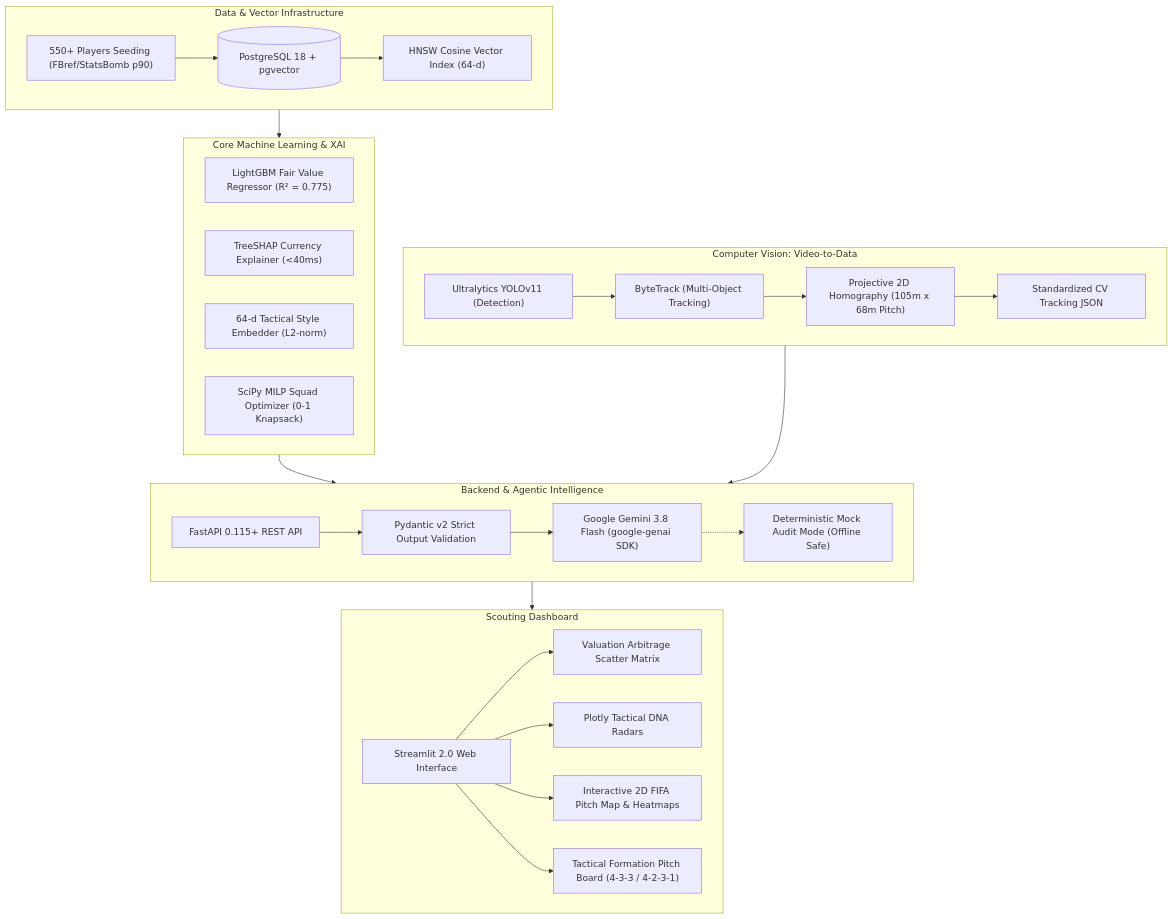
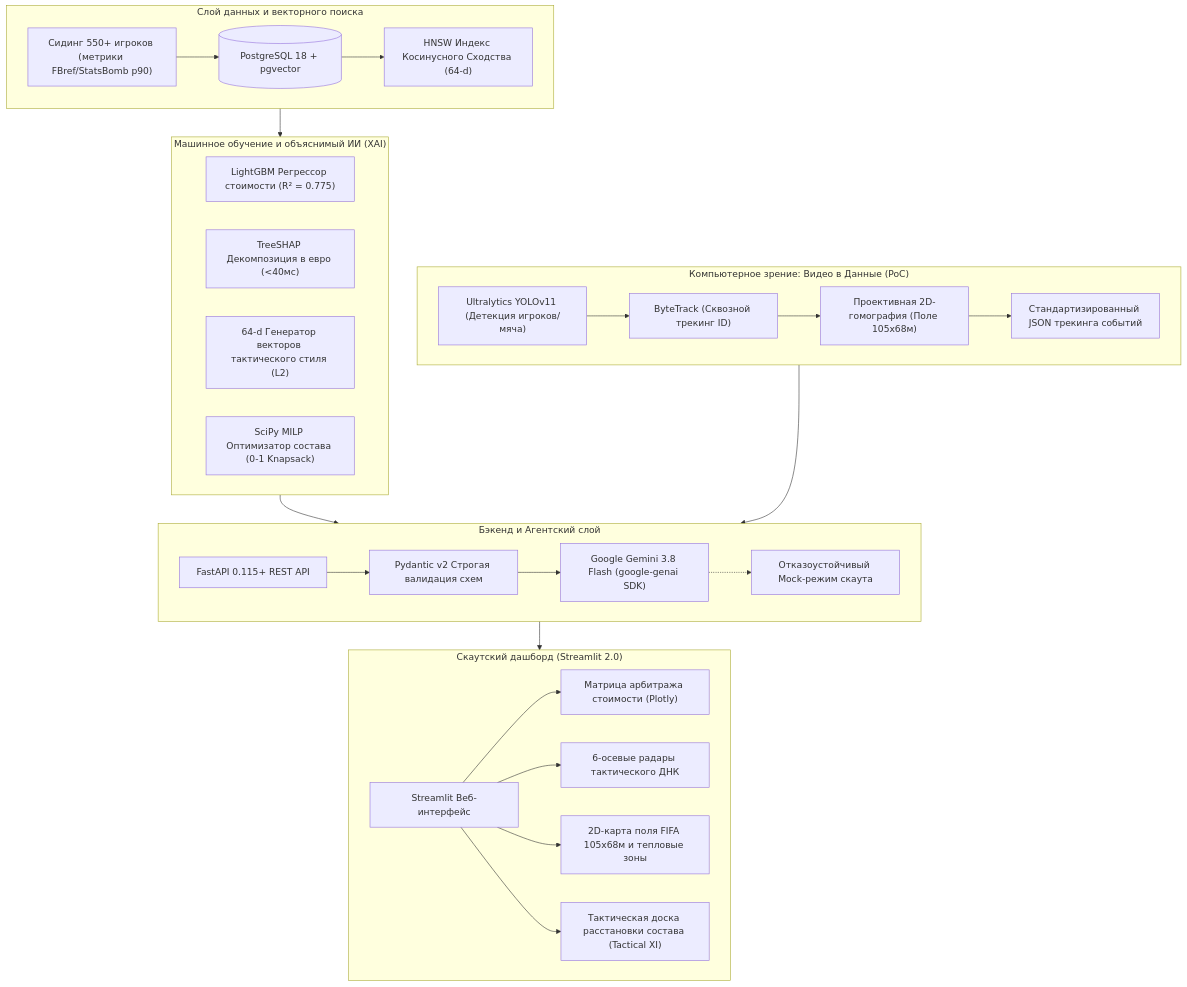
The diagram in README.md (Erlan1502/ai-football-decision-intelligence), drawn with Mermaid before and after one commit. The commit also changed other lines of this file, not shown here.

````diff
--- a/README.md
+++ b/README.md
@@ -31,49 +31,49 @@
 ```mermaid
 flowchart TD
-    subgraph Data_Storage["Data & Vector Infrastructure"]
+    subgraph Data_Storage["Слой данных и векторного поиска"]
         DB[("PostgreSQL 18 + pgvector")]
-        HNSW["HNSW Cosine Vector Index (64-d)"]
-        Seed["550+ Players Seeding (FBref/StatsBomb p90)"]
+        HNSW["HNSW Индекс Косинусного Сходства (64-d)"]
+        Seed["Сидинг 550+ игроков (метрики FBref/StatsBomb p90)"]
         DB --> HNSW
         Seed --> DB
     end
 
-    subgraph Core_ML["Core Machine Learning & XAI"]
-        LGB["LightGBM Fair Value Regressor (R² = 0.775)"]
-        SHAP["TreeSHAP Currency Explainer (<40ms)"]
-        VEC["64-d Tactical Style Embedder (L2-norm)"]
-        MILP["SciPy MILP Squad Optimizer (0-1 Knapsack)"]
+    subgraph Core_ML["Машинное обучение и объяснимый ИИ (XAI)"]
+        LGB["LightGBM Регрессор стоимости (R² = 0.775)"]
+        SHAP["TreeSHAP Декомпозиция в евро (<40мс)"]
+        VEC["64-d Генератор векторов тактического стиля (L2)"]
+        MILP["SciPy MILP Оптимизатор состава (0-1 Knapsack)"]
     end
 
-    subgraph CV_Layer["Computer Vision: Video-to-Data"]
-        YOLO["Ultralytics YOLOv11 (Detection)"]
-        BT["ByteTrack (Multi-Object Tracking)"]
-        HOM["Projective 2D Homography (105m x 68m Pitch)"]
-        CV_JSON["Standardized CV Tracking JSON"]
+    subgraph CV_Layer["Компьютерное зрение: Видео в Данные (PoC)"]
+        YOLO["Ultralytics YOLOv11 (Детекция игроков/мяча)"]
+        BT["ByteTrack (Сквозной трекинг ID)"]
+        HOM["Проективная 2D-гомография (Поле 105х68м)"]
+        CV_JSON["Стандартизированный JSON трекинга событий"]
         YOLO --> BT --> HOM --> CV_JSON
     end
 
-    subgraph Agentic_API["Backend & Agentic Intelligence"]
+    subgraph Agentic_API["Бэкенд и Агентский слой"]
         API["FastAPI 0.115+ REST API"]
-        Pydantic["Pydantic v2 Strict Output Validation"]
+        Pydantic["Pydantic v2 Строгая валидация схем"]
         Gemini["Google Gemini 3.8 Flash (google-genai SDK)"]
-        MockAgent["Deterministic Mock Audit Mode (Offline Safe)"]
+        MockAgent["Отказоустойчивый Mock-режим скаута"]
         API --> Pydantic
         Pydantic --> Gemini
         Gemini -.-> MockAgent
     end
 
-    subgraph Frontend_UI["Scouting Dashboard"]
-        ST["Streamlit 2.0 Web Interface"]
-        Scatter["Valuation Arbitrage Scatter Matrix"]
-        Radar["Plotly Tactical DNA Radars"]
-        Pitch2D["Interactive 2D FIFA Pitch Map & Heatmaps"]
-        Board["Tactical Formation Pitch Board (4-3-3 / 4-2-3-1)"]
+    subgraph Frontend_UI["Скаутский дашборд (Streamlit 2.0)"]
+        ST["Streamlit Веб-интерфейс"]
+        Scatter["Матрица арбитража стоимости (Plotly)"]
+        Radar["6-осевые радары тактического ДНК"]
+        Pitch2D["2D-карта поля FIFA 105х68м и тепловые зоны"]
+        Board["Тактическая доска расстановки состава (Tactical XI)"]
         ST --> Scatter & Radar & Pitch2D & Board
     end
 
     Data_Storage --> Core_ML
     Core_ML --> Agentic_API
     CV_Layer --> Agentic_API
     Agentic_API --> Frontend_UI
 ```
````
